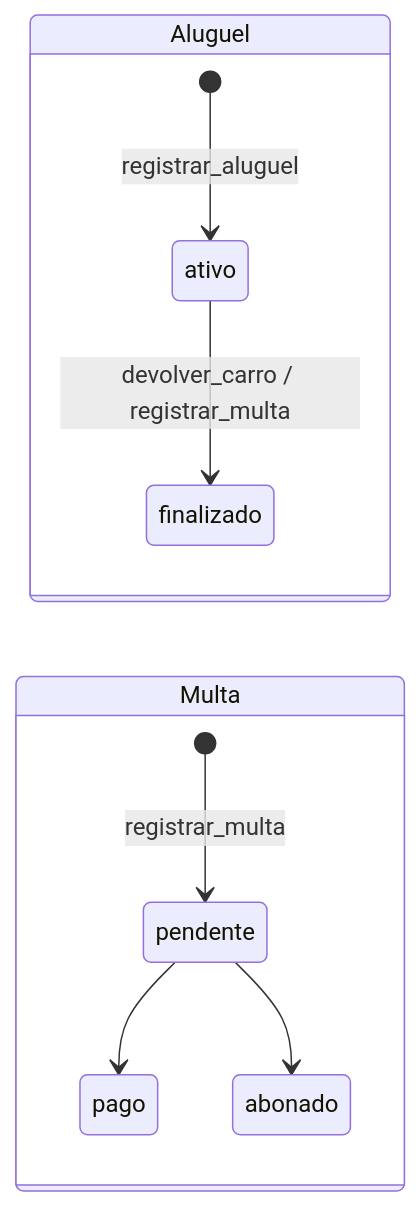
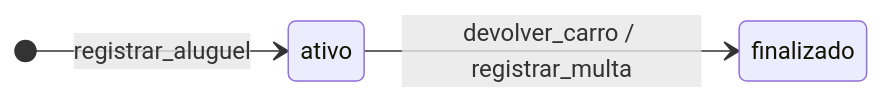
One commit to Luizzzz28/PI---EasyCar_Luiz-Barbiana-Yandra changed diagram 12 of 20 in README.md. Above: the diagram before and after it, drawn with Mermaid. The commit also changed other lines of this file, not shown here.

````diff
--- a/README.md
+++ b/README.md
@@ -707,13 +709,6 @@
 ```mermaid
 stateDiagram-v2
     direction LR
-    state "Aluguel" as A {
-        [*] --> ativo: registrar_aluguel
-        ativo --> finalizado: devolver_carro / registrar_multa
-    }
-    state "Multa" as M {
-        [*] --> pendente: registrar_multa
-        pendente --> pago
-        pendente --> abonado
-    }
+    [*] --> ativo: registrar_aluguel
+    ativo --> finalizado: devolver_carro / registrar_multa
 ```
````
